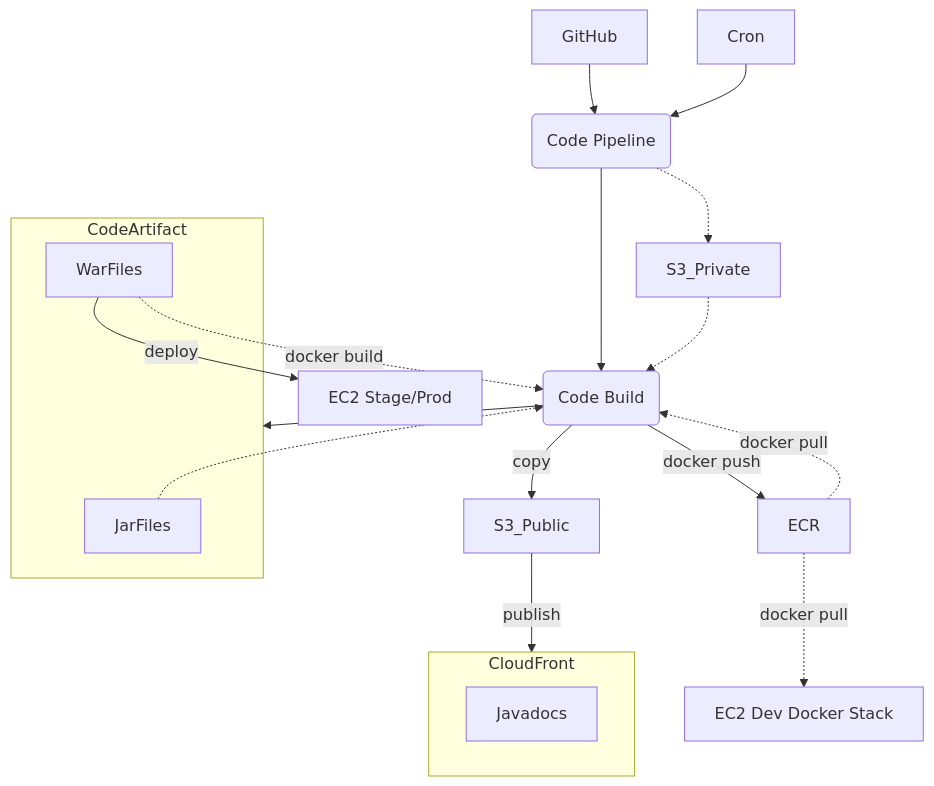
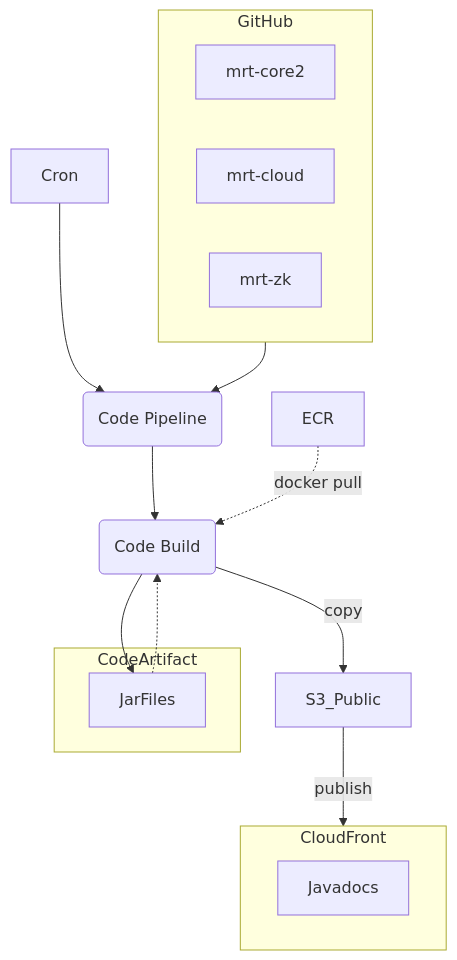
Before and after one commit to CDLUC3/mrt-doc: the second of 10 diagrams in design/aws-build/README.md, drawn with Mermaid. The commit also changed other lines of this file, not shown here.

````diff
--- a/design/aws-build/README.md
+++ b/design/aws-build/README.md
@@ -18,31 +32,26 @@
 ```mermaid
 graph TD
+  subgraph GitHub
+    mrt-core2
+    mrt-cloud
+    mrt-zk
+  end
   GitHub --> Pipeline
   Cron --> Pipeline
   Pipeline(Code Pipeline)
   Pipeline --> Build
   Build(Code Build)
-  S3_Private
   S3_Public
-  Build --> CodeArtifact
+  Build --> JarFiles
   Build --> |copy| S3_Public
   S3_Public --> |publish| CloudFront
-  Build --> |docker push| ECR
-  Pipeline -.-> S3_Private
-  S3_Private -.-> Build
   ECR
-  ECR -.-> |docker pull| EC2_Dev
   ECR -.-> |docker pull| Build
   subgraph CodeArtifact
     JarFiles
-    WarFiles
   end
-  EC2[EC2 Stage/Prod]
-  EC2_Dev[EC2 Dev Docker Stack]
-  WarFiles --> |deploy| EC2
-  WarFiles -.-> |docker build| Build
   JarFiles -.-> Build
   subgraph CloudFront
     Javadocs
   end
 ```
````
